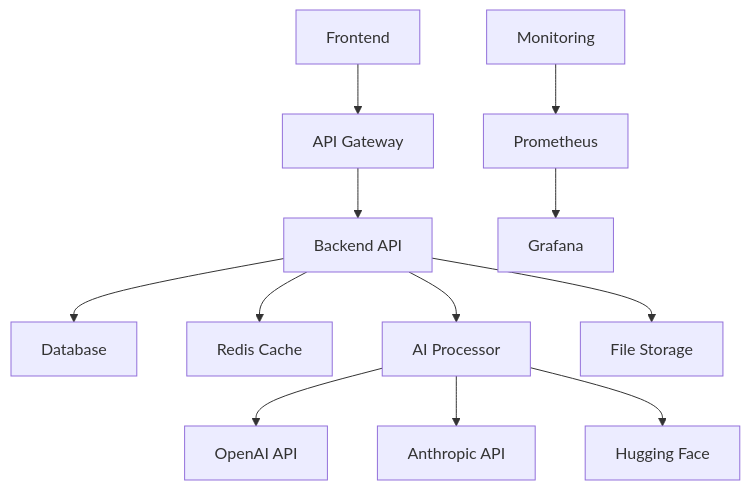
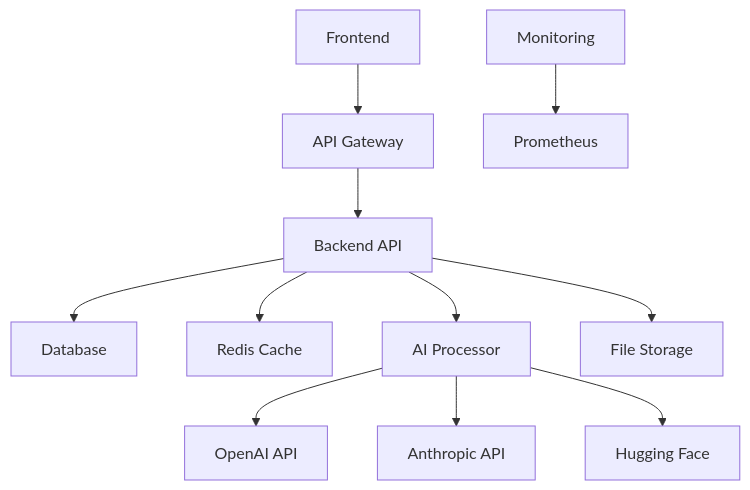
The diagram in frontend/docs/ARCHITECTURE.md (A-Back-end/Red.Ai), drawn with Mermaid before and after one commit. The commit also changed other lines of this file and 15 other files, not shown here.

````diff
--- a/frontend/docs/ARCHITECTURE.md
+++ b/frontend/docs/ARCHITECTURE.md
@@ -131,15 +131,15 @@
 ```mermaid
 graph TD
     A[Frontend] --> B[API Gateway]
     B --> C[Backend API]
     C --> D[Database]
     C --> E[Redis Cache]
     C --> F[AI Processor]
     F --> G[OpenAI API]
     F --> H[Anthropic API]
     F --> I[Hugging Face]
     C --> J[File Storage]
     
     K[Monitoring] --> L[Prometheus]
-    L --> M[Grafana]
+    
 ```
````
